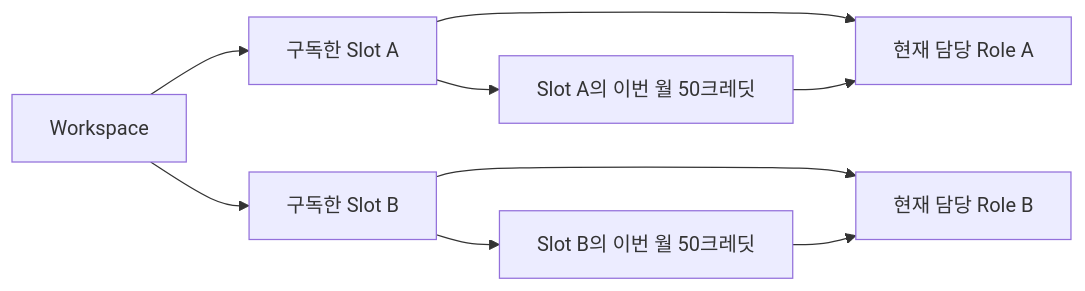
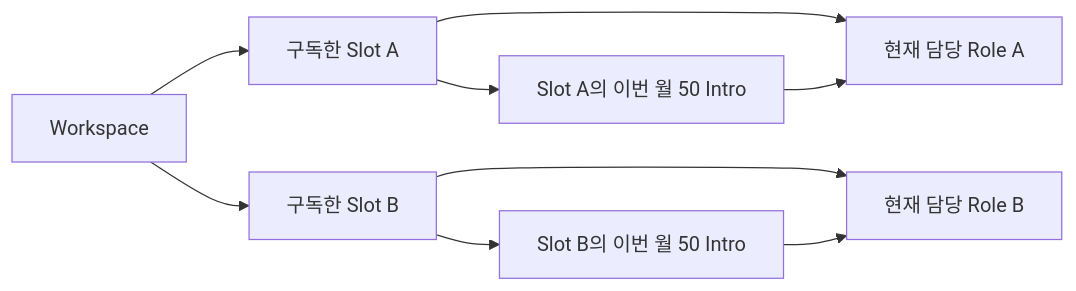
Before and after one commit to matchharper/harper_beta: the first of 2 diagrams in docs/company/workspace-slot-subscription-system-design-ko.md, drawn with Mermaid. The commit also changed other lines of this file and 1062 other files, not shown here.

````diff
--- a/docs/company/workspace-slot-subscription-system-design-ko.md
+++ b/docs/company/workspace-slot-subscription-system-design-ko.md
@@ -201,11 +201,11 @@
 ```mermaid
 flowchart LR
     W[Workspace] --> A[구독한 Slot A]
     W --> B[구독한 Slot B]
     A --> RA[현재 담당 Role A]
     B --> RB[현재 담당 Role B]
-    A --> PA[Slot A의 이번 월 50크레딧]
-    B --> PB[Slot B의 이번 월 50크레딧]
+    A --> PA[Slot A의 이번 월 50 Intro]
+    B --> PB[Slot B의 이번 월 50 Intro]
     PA --> RA
     PB --> RB
 ```
````
